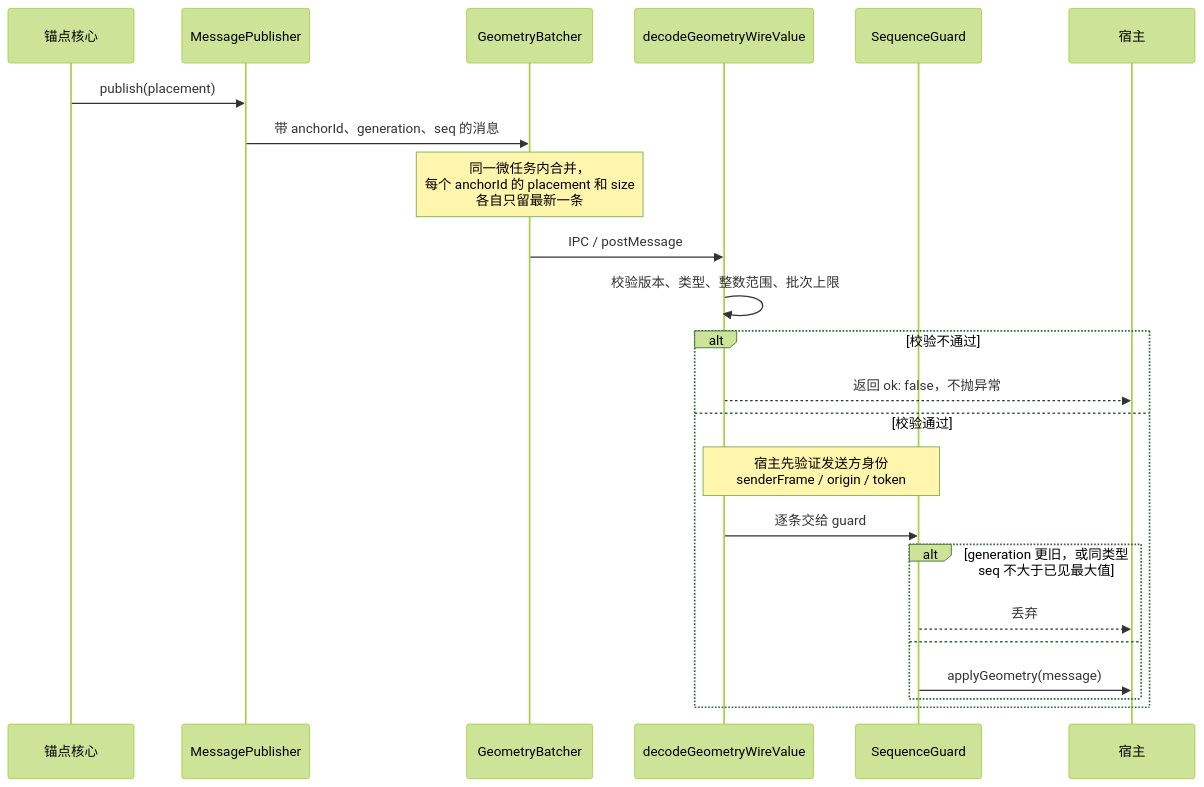
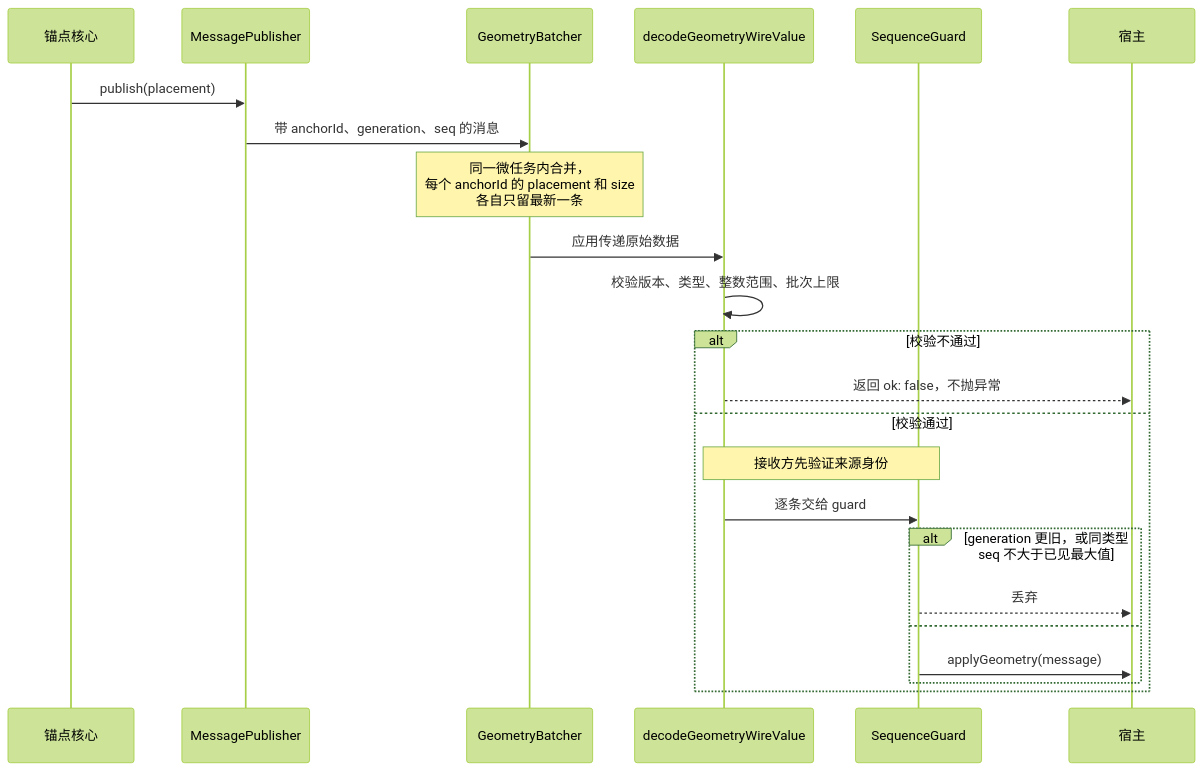
The diagram in docs/protocol.md (lbb00/view-anchor), drawn with Mermaid (forest theme) before and after one commit. The commit also changed other lines of this file and 31 other files, not shown here.

````diff
--- a/docs/protocol.md
+++ b/docs/protocol.md
@@ -7,26 +7,26 @@
 ```mermaid
 sequenceDiagram
   participant A as 锚点核心
   participant P as MessagePublisher
   participant B as GeometryBatcher
   participant D as decodeGeometryWireValue
   participant G as SequenceGuard
   participant H as 宿主
 
   A->>P: publish(placement)
   P->>B: 带 anchorId、generation、seq 的消息
   Note over B: 同一微任务内合并，<br/>每个 anchorId 的 placement 和 size<br/>各自只留最新一条
-  B->>D: IPC / postMessage
+  B->>D: 应用传递原始数据
   D->>D: 校验版本、类型、整数范围、批次上限
   alt 校验不通过
     D-->>H: 返回 ok: false，不抛异常
   else 校验通过
-    Note over D,G: 宿主先验证发送方身份<br/>senderFrame / origin / token
+    Note over D,G: 接收方先验证来源身份
     D->>G: 逐条交给 guard
     alt generation 更旧，或同类型 seq 不大于已见最大值
       G-->>H: 丢弃
     else
       G->>H: applyGeometry(message)
     end
   end
 ```
````
